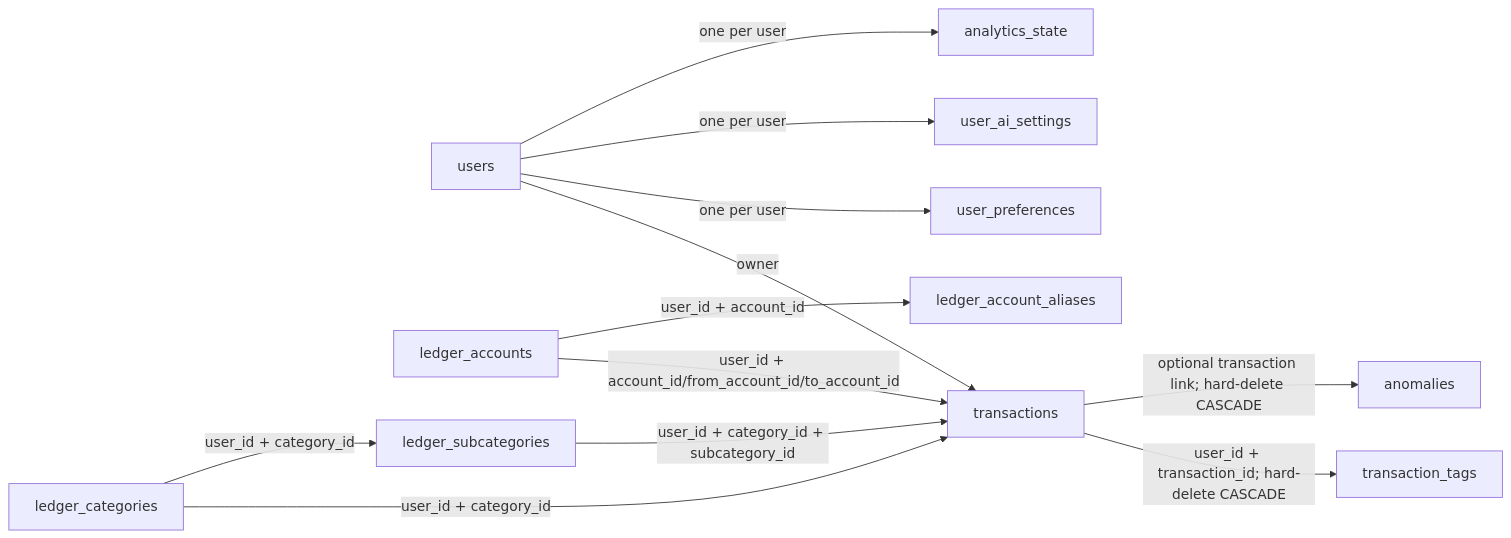
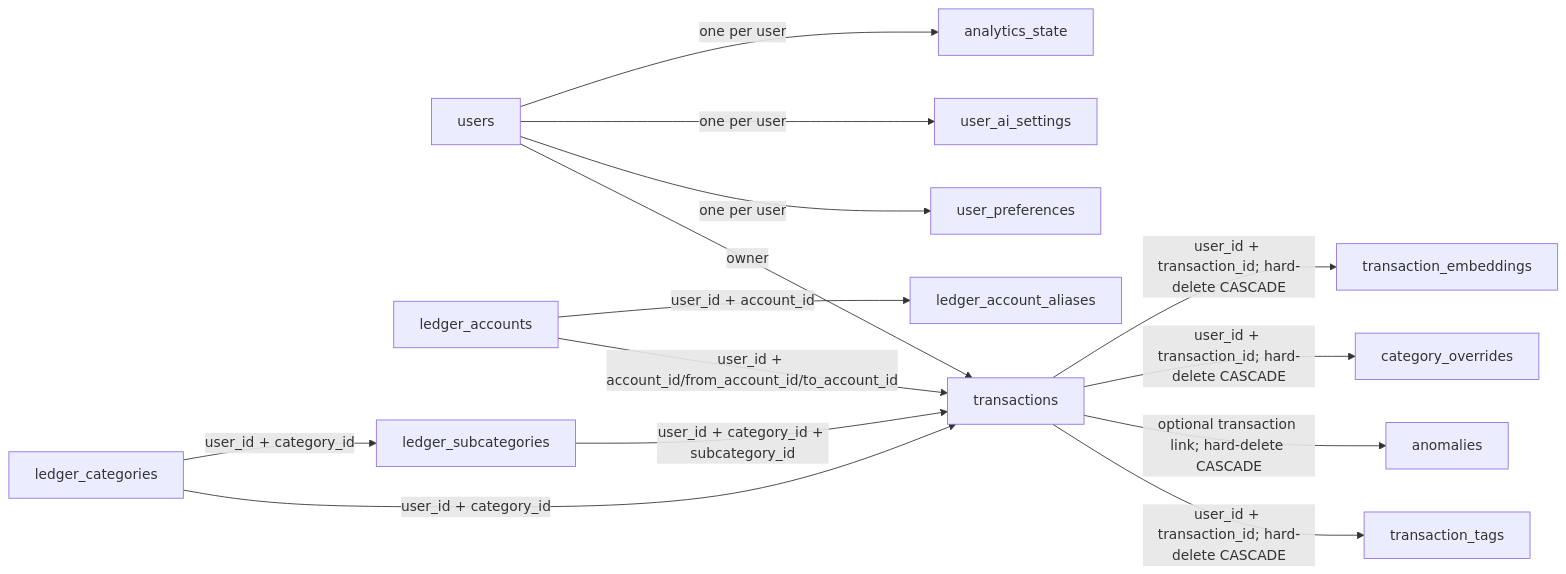
One commit to Sagargupta16/ledger-sync changed the first of 4 diagrams in docs/DATABASE_SCHEMA_REFERENCE.md. Above: the diagram before and after it, drawn with Mermaid. The commit also changed other lines of this file and 621 other files, not shown here.

````diff
--- a/docs/DATABASE_SCHEMA_REFERENCE.md
+++ b/docs/DATABASE_SCHEMA_REFERENCE.md
@@ -117,14 +136,16 @@
 ```mermaid
 flowchart LR
   U["users"] -->|owner| T["transactions"]
   U -->|one per user| P["user_preferences"]
   U -->|one per user| AI["user_ai_settings"]
   U -->|one per user| S["analytics_state"]
   A["ledger_accounts"] -->|user_id + account_id/from_account_id/to_account_id| T
   A -->|user_id + account_id| AA["ledger_account_aliases"]
   C["ledger_categories"] -->|user_id + category_id| T
   C -->|user_id + category_id| SC["ledger_subcategories"]
   SC -->|user_id + category_id + subcategory_id| T
   T -->|user_id + transaction_id; hard-delete CASCADE| TT["transaction_tags"]
   T -->|optional transaction link; hard-delete CASCADE| AN["anomalies"]
+  T -->|user_id + transaction_id; hard-delete CASCADE| CO["category_overrides"]
+  T -->|user_id + transaction_id; hard-delete CASCADE| TE["transaction_embeddings"]
 ```
````
